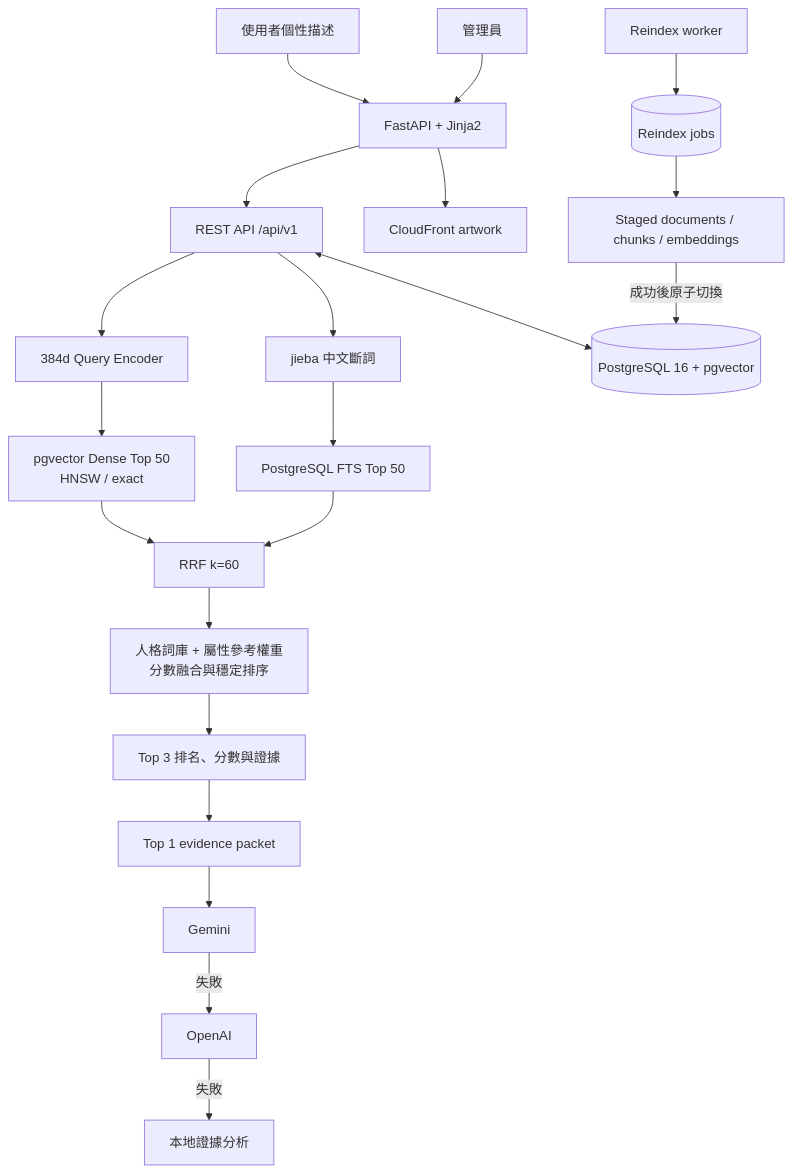
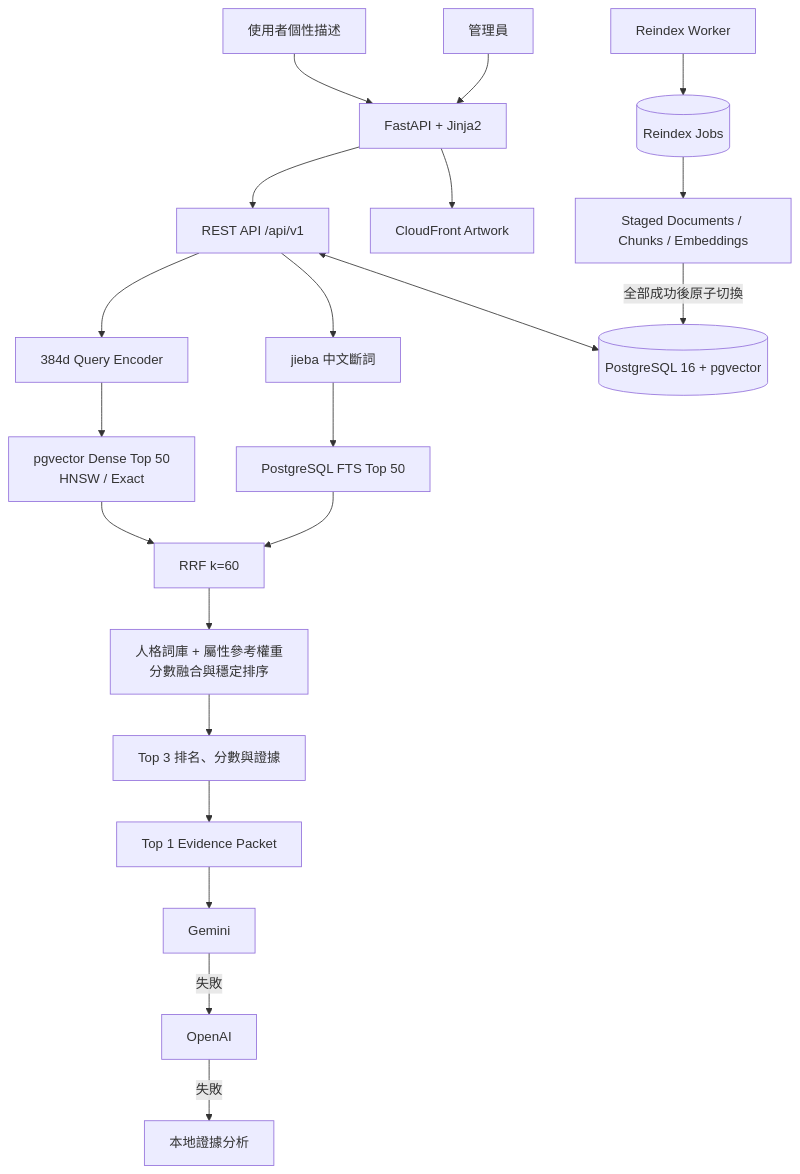
One commit to likaisuwork9616/pokemon-personality-recommender changed the diagram in README.md. Above: the diagram before and after it, drawn with Mermaid. The commit also changed other lines of this file, not shown here.

````diff
--- a/README.md
+++ b/README.md
@@ -32,26 +54,30 @@
 ```mermaid
 flowchart TB
     USER[使用者個性描述] --> WEB[FastAPI + Jinja2]
     ADMIN[管理員] --> WEB
     WEB --> API[REST API /api/v1]
 
     API --> ENCODER[384d Query Encoder]
-    ENCODER --> DENSE[pgvector Dense Top 50<br/>HNSW / exact]
+    ENCODER --> DENSE[pgvector Dense Top 50<br/>HNSW / Exact]
+
     API --> TOKENS[jieba 中文斷詞]
     TOKENS --> FTS[PostgreSQL FTS Top 50]
+
     DENSE --> RRF[RRF k=60]
     FTS --> RRF
     RRF --> SCORE[人格詞庫 + 屬性參考權重<br/>分數融合與穩定排序]
     SCORE --> TOP3[Top 3 排名、分數與證據]
 
-    TOP3 --> TOP1[Top 1 evidence packet]
+    TOP3 --> TOP1[Top 1 Evidence Packet]
     TOP1 --> GEMINI[Gemini]
     GEMINI -->|失敗| OPENAI[OpenAI]
     OPENAI -->|失敗| LOCAL[本地證據分析]
 
     API <--> DB[(PostgreSQL 16 + pgvector)]
-    WORKER[Reindex worker] --> JOBS[(Reindex jobs)]
-    JOBS --> STAGED[Staged documents / chunks / embeddings]
-    STAGED -->|成功後原子切換| DB
-    WEB --> CDN[CloudFront artwork]
+
+    WORKER[Reindex Worker] --> JOBS[(Reindex Jobs)]
+    JOBS --> STAGED[Staged Documents / Chunks / Embeddings]
+    STAGED -->|全部成功後原子切換| DB
+
+    WEB --> CDN[CloudFront Artwork]
 ```
````
